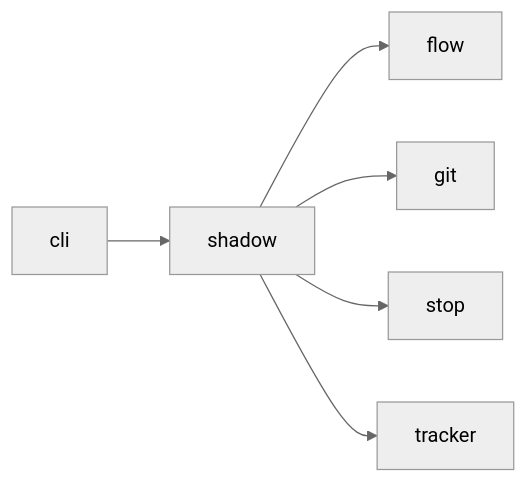
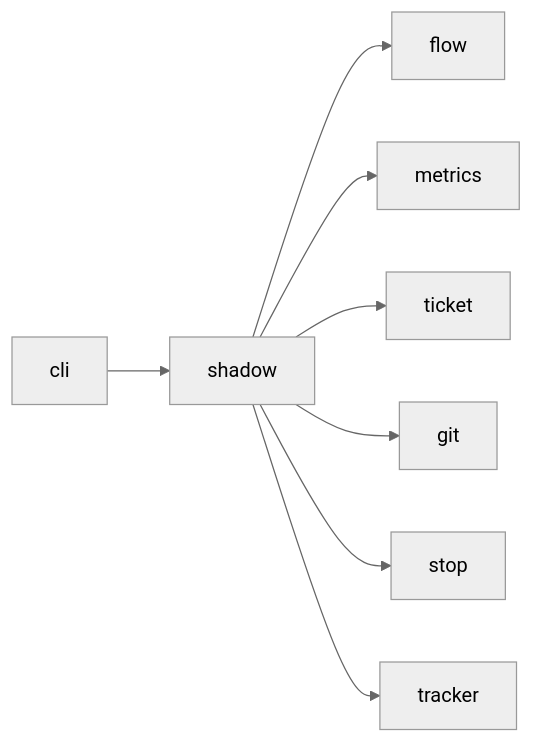
The diagram in docs/architecture/modules/shadow.md (plaplanche/ariane), drawn with Mermaid (neutral theme) before and after one commit. The commit also changed other lines of this file and 7 other files, not shown here.

````diff
--- a/docs/architecture/modules/shadow.md
+++ b/docs/architecture/modules/shadow.md
@@ -15,8 +16,10 @@
 ```mermaid
 flowchart LR
   shadow --> flow
+  shadow --> metrics
+  shadow --> ticket
   shadow --> git
   shadow --> stop
   shadow --> tracker
   cli --> shadow
 ```
````
